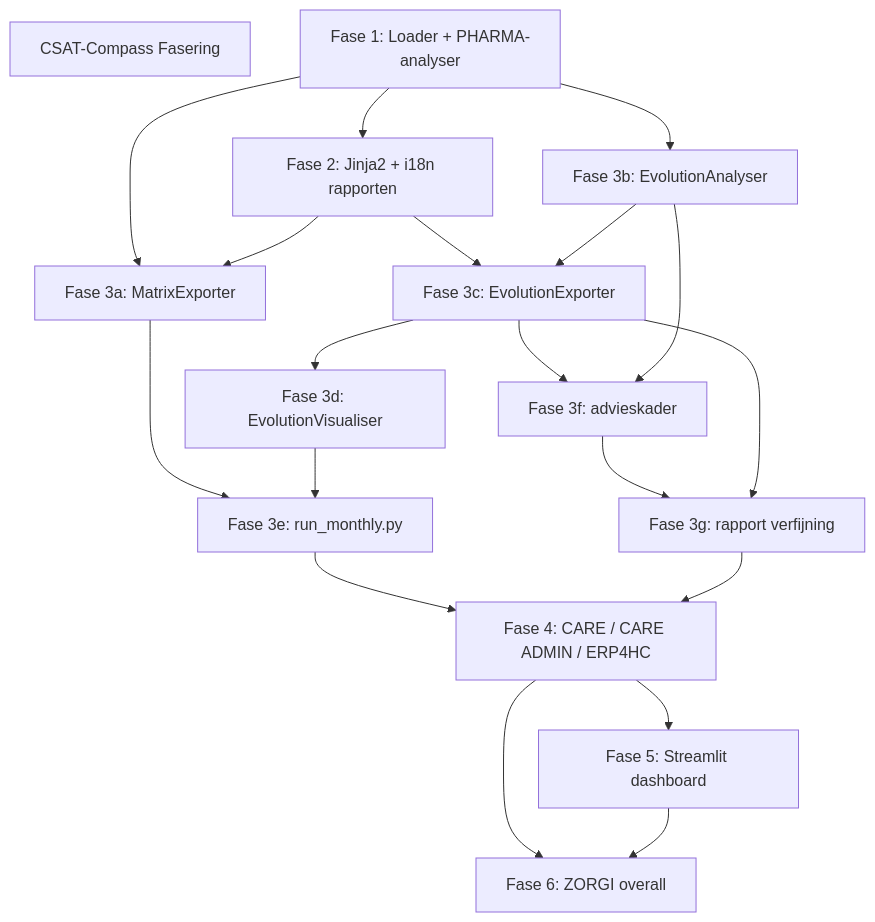
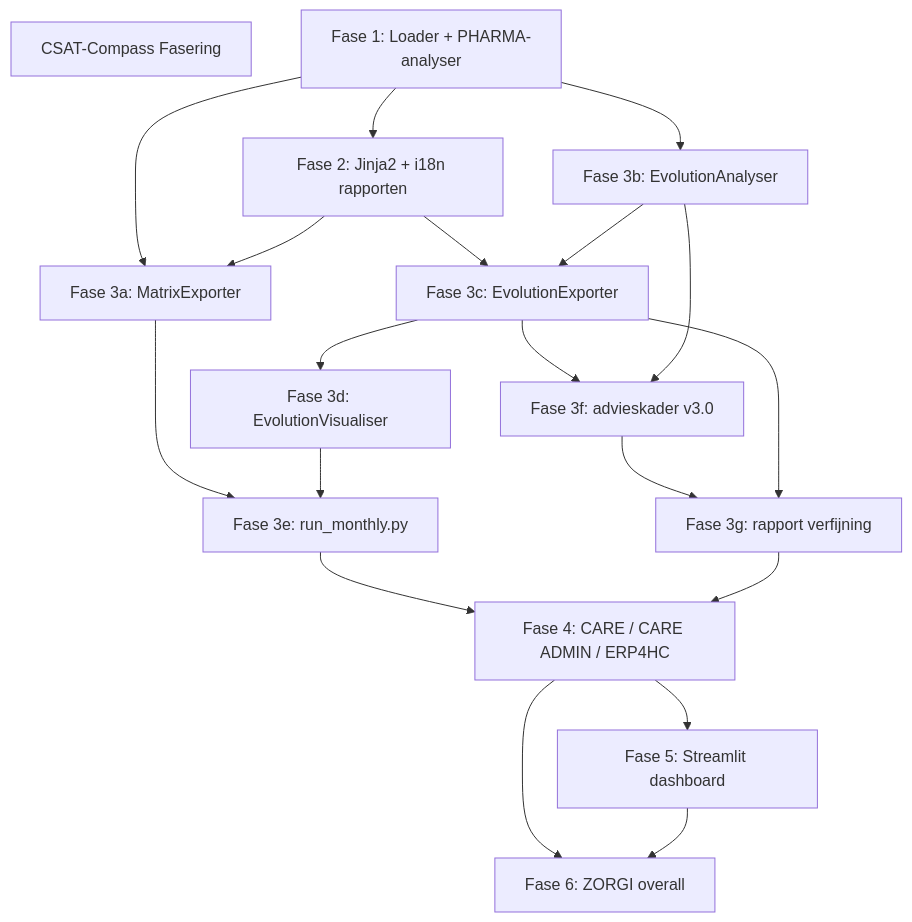
Before and after one commit to ZorgiDannyDepecker/CSAT-Compass: the diagram in docs/02-tactisch/implementatie-gids.md, drawn with Mermaid. The commit also changed other lines of this file and 2 other files, not shown here.

````diff
--- a/docs/02-tactisch/implementatie-gids.md
+++ b/docs/02-tactisch/implementatie-gids.md
@@ -77,35 +80,35 @@
 ```mermaid
 graph TD
     title[CSAT-Compass Fasering]
     F1[Fase 1: Loader + PHARMA-analyser]
     F2[Fase 2: Jinja2 + i18n rapporten]
     F3a[Fase 3a: MatrixExporter]
     F3b[Fase 3b: EvolutionAnalyser]
     F3c[Fase 3c: EvolutionExporter]
     F3d[Fase 3d: EvolutionVisualiser]
     F3e[Fase 3e: run_monthly.py]
-    F3f[Fase 3f: advieskader]
+    F3f[Fase 3f: advieskader v3.0]
     F3g[Fase 3g: rapport verfijning]
     F4[Fase 4: CARE / CARE ADMIN / ERP4HC]
     F5[Fase 5: Streamlit dashboard]
     F6[Fase 6: ZORGI overall]
 
     F1 --> F2
     F1 --> F3a
     F2 --> F3a
     F1 --> F3b
     F2 --> F3c
     F3b --> F3c
     F3c --> F3d
     F3a --> F3e
     F3d --> F3e
     F3c --> F3f
     F3b --> F3f
     F3f --> F3g
     F3c --> F3g
     F3e --> F4
     F3g --> F4
     F4 --> F5
     F4 --> F6
     F5 --> F6
 ```
````
